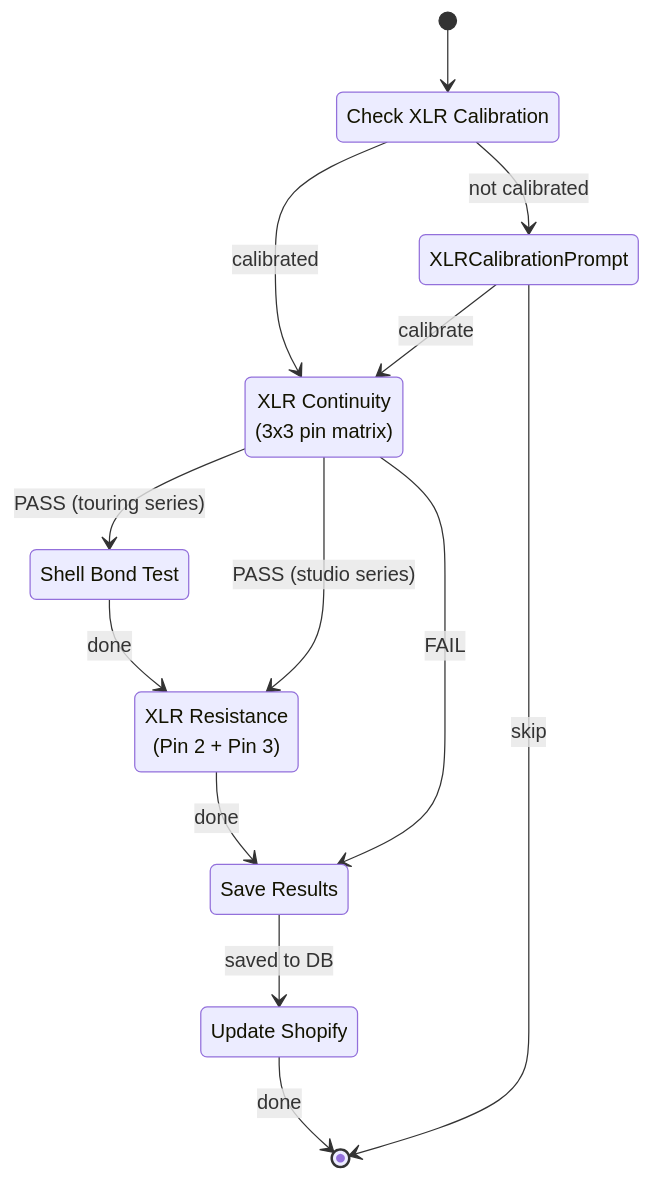
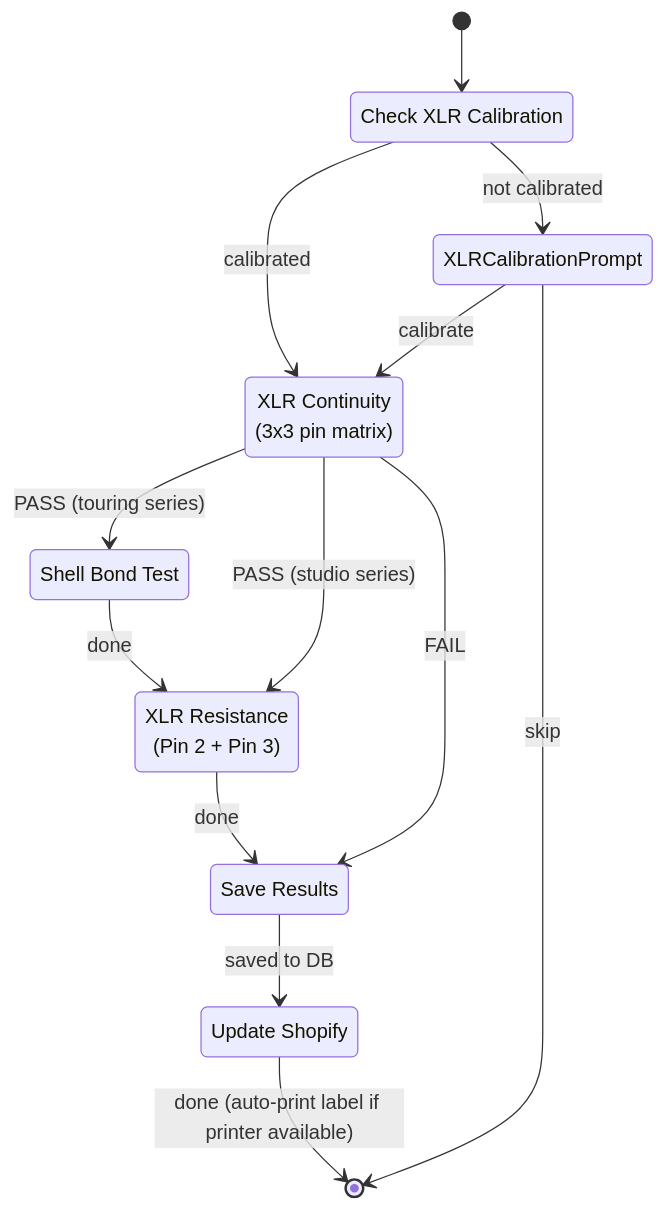
One commit to crunchywelch/sundial_greenlight changed the tenth of 10 diagrams in docs/UI_FLOWS.md. Above: the diagram before and after it, drawn with Mermaid. The commit also changed other lines of this file and 2 other files, not shown here.

````diff
--- a/docs/UI_FLOWS.md
+++ b/docs/UI_FLOWS.md
@@ -211,24 +279,24 @@
 ```mermaid
 stateDiagram-v2
     state "Check XLR Calibration" as CalCheck
     state "XLR Continuity<br/>(3x3 pin matrix)" as Cont
     state "Shell Bond Test" as Shell
     state "XLR Resistance<br/>(Pin 2 + Pin 3)" as Res
     state "Save Results" as Save
     state "Update Shopify" as Shopify
 
     [*] --> CalCheck
     CalCheck --> Cont: calibrated
     CalCheck --> XLRCalibrationPrompt: not calibrated
     XLRCalibrationPrompt --> Cont: calibrate
     XLRCalibrationPrompt --> [*]: skip
 
     Cont --> Shell: PASS (touring series)
     Cont --> Res: PASS (studio series)
     Cont --> Save: FAIL
 
     Shell --> Res: done
     Res --> Save: done
     Save --> Shopify: saved to DB
-    Shopify --> [*]: done
+    Shopify --> [*]: done (auto-print label if printer available)
 ```
````
